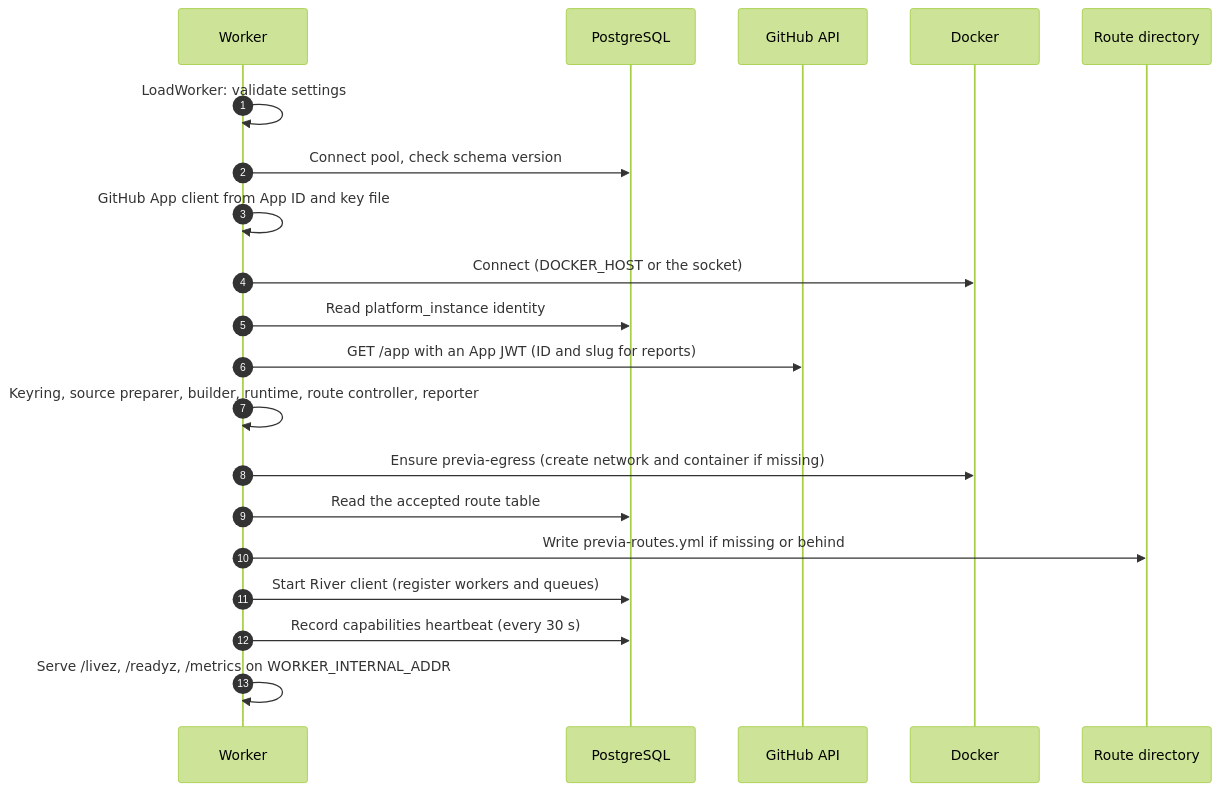
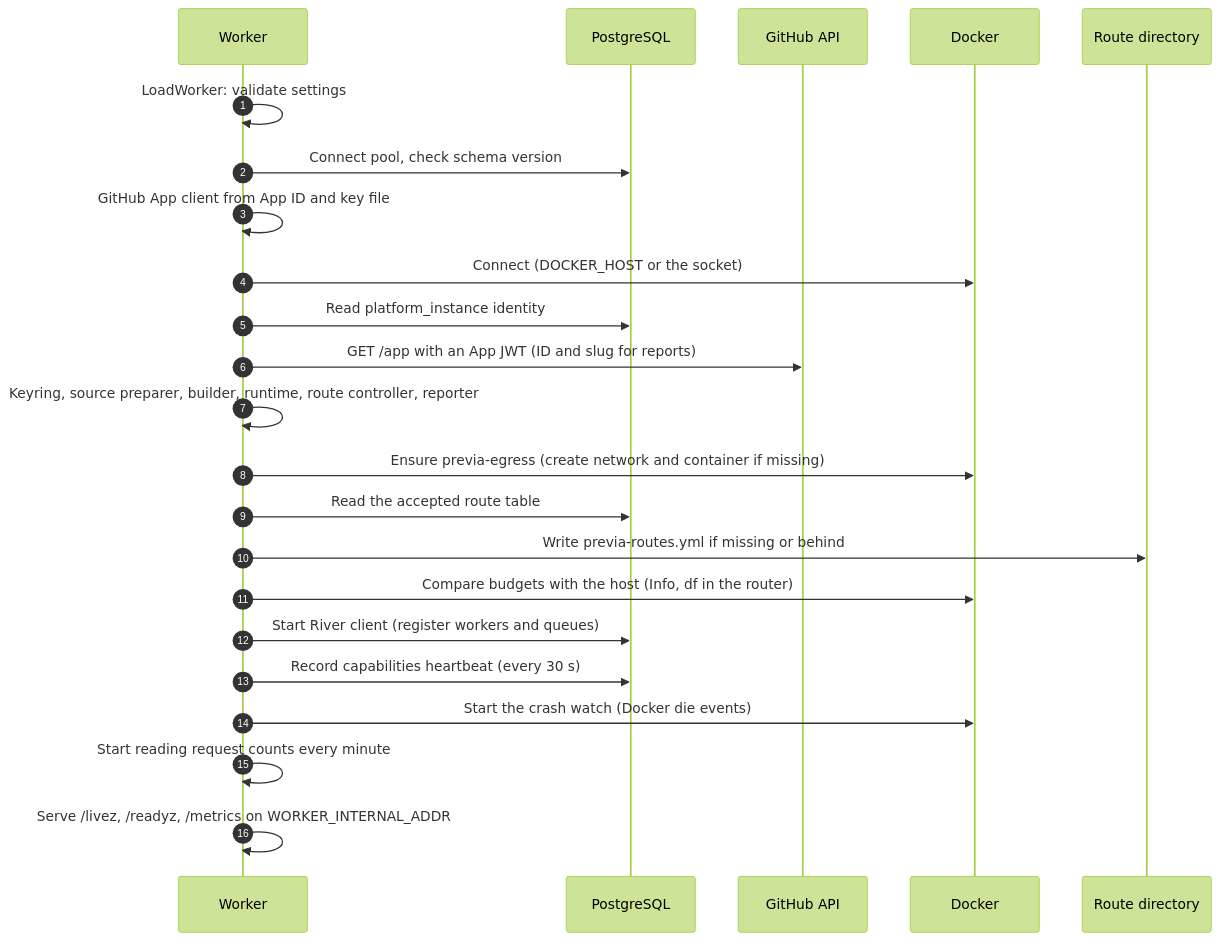
Before and after one commit to ajaykathwate/Previa: the sixth of 44 diagrams in technical-docs/inside-previa.md, drawn with Mermaid (forest theme). The commit also changed other lines of this file and 19 other files, not shown here.

````diff
--- a/technical-docs/inside-previa.md
+++ b/technical-docs/inside-previa.md
@@ -476,22 +487,25 @@
 ```mermaid
 sequenceDiagram
     autonumber
     participant W as Worker
     participant DB as PostgreSQL
     participant GH as GitHub API
     participant D as Docker
     participant FS as Route directory
     W->>W: LoadWorker: validate settings
     W->>DB: Connect pool, check schema version
     W->>W: GitHub App client from App ID and key file
     W->>D: Connect (DOCKER_HOST or the socket)
     W->>DB: Read platform_instance identity
     W->>GH: GET /app with an App JWT (ID and slug for reports)
     W->>W: Keyring, source preparer, builder, runtime, route controller, reporter
     W->>D: Ensure previa-egress (create network and container if missing)
     W->>DB: Read the accepted route table
     W->>FS: Write previa-routes.yml if missing or behind
+    W->>D: Compare budgets with the host (Info, df in the router)
     W->>DB: Start River client (register workers and queues)
     W->>DB: Record capabilities heartbeat (every 30 s)
+    W->>D: Start the crash watch (Docker die events)
+    W->>W: Start reading request counts every minute
     W->>W: Serve /livez, /readyz, /metrics on WORKER_INTERNAL_ADDR
 ```
````
